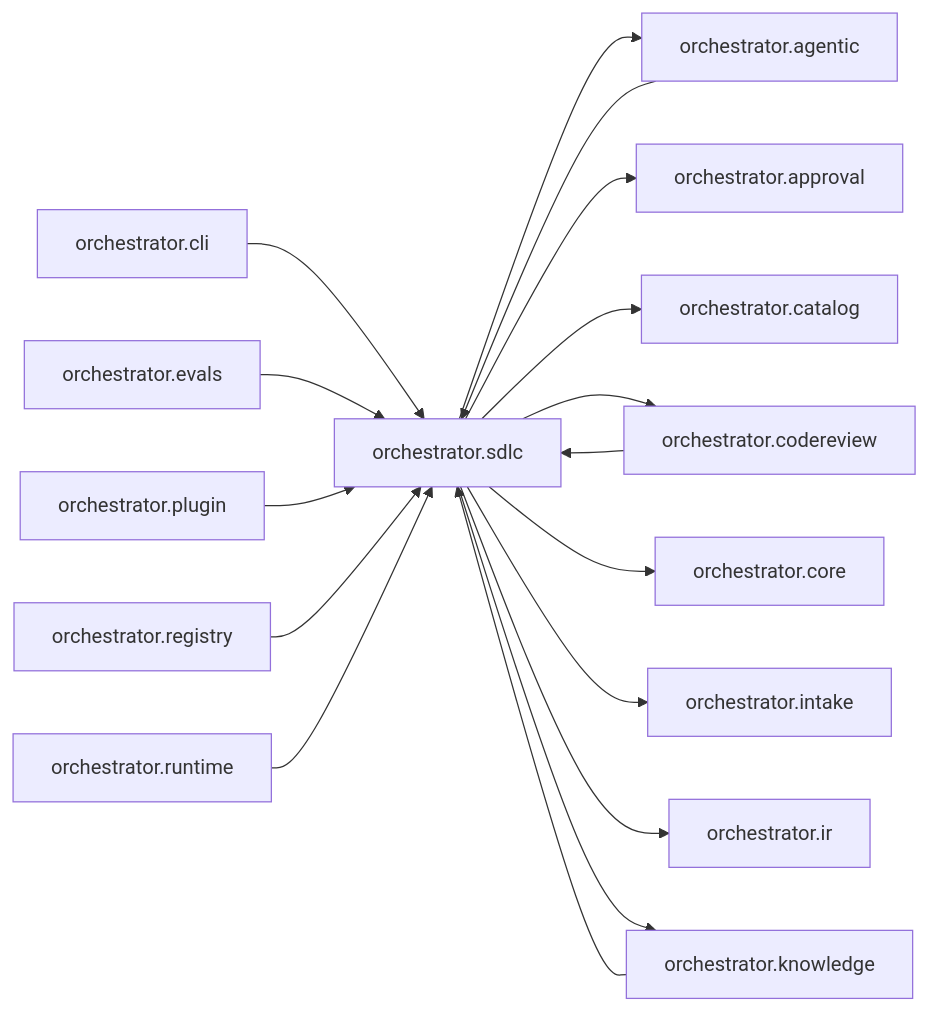
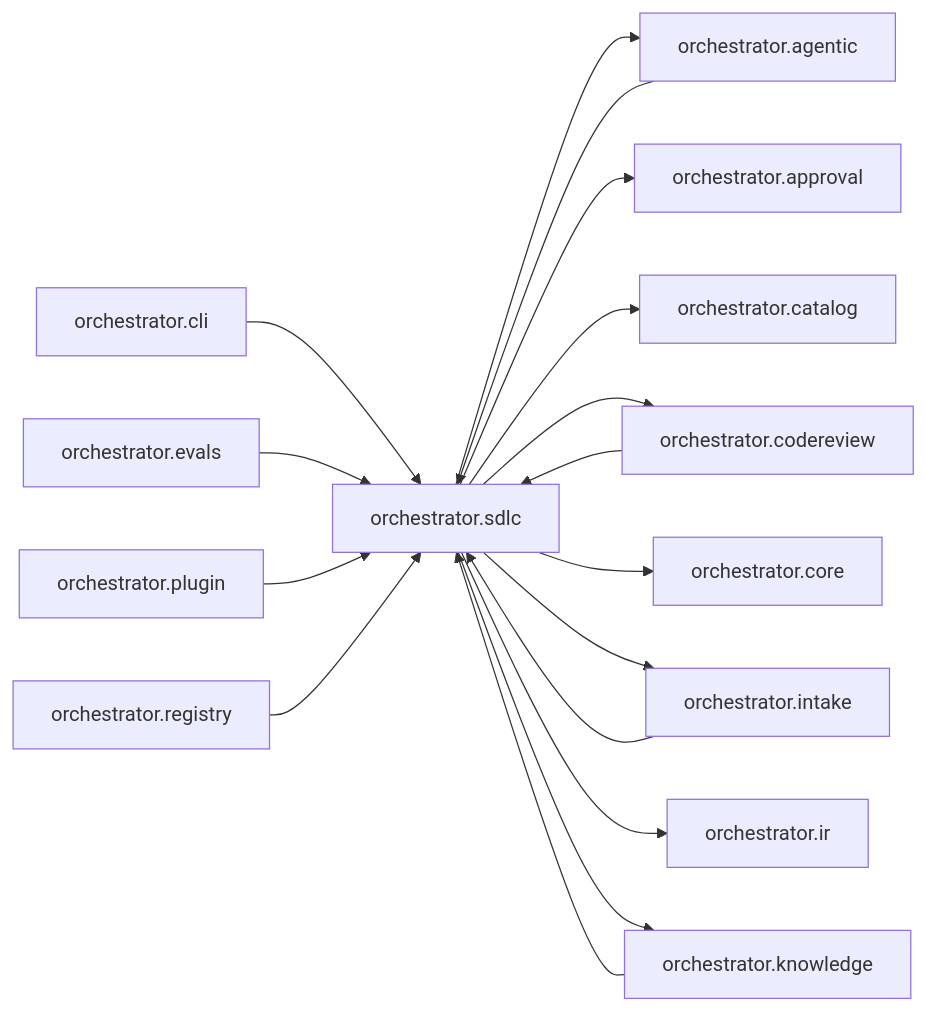
One commit to palakupadhyay23/spine changed the diagram in episteme/areas/orchestrator.sdlc.md. Above: the diagram before and after it, drawn with Mermaid. The commit also changed other lines of this file and 38 other files, not shown here.

````diff
--- a/episteme/areas/orchestrator.sdlc.md
+++ b/episteme/areas/orchestrator.sdlc.md
@@ -8,33 +8,32 @@
 ```mermaid
 flowchart LR
   n0["orchestrator.sdlc"]
   n1["orchestrator.agentic"]
   n2["orchestrator.cli"]
   n3["orchestrator.codereview"]
   n4["orchestrator.evals"]
-  n5["orchestrator.knowledge"]
-  n6["orchestrator.plugin"]
-  n7["orchestrator.registry"]
-  n8["orchestrator.runtime"]
+  n5["orchestrator.intake"]
+  n6["orchestrator.knowledge"]
+  n7["orchestrator.plugin"]
+  n8["orchestrator.registry"]
   n9["orchestrator.approval"]
   n10["orchestrator.catalog"]
   n11["orchestrator.core"]
-  n12["orchestrator.intake"]
-  n13["orchestrator.ir"]
+  n12["orchestrator.ir"]
   n1 --> n0
   n2 --> n0
   n3 --> n0
   n4 --> n0
   n5 --> n0
   n6 --> n0
   n7 --> n0
   n8 --> n0
   n0 --> n1
   n0 --> n9
   n0 --> n10
   n0 --> n3
   n0 --> n11
+  n0 --> n5
   n0 --> n12
-  n0 --> n13
-  n0 --> n5
+  n0 --> n6
 ```
````
